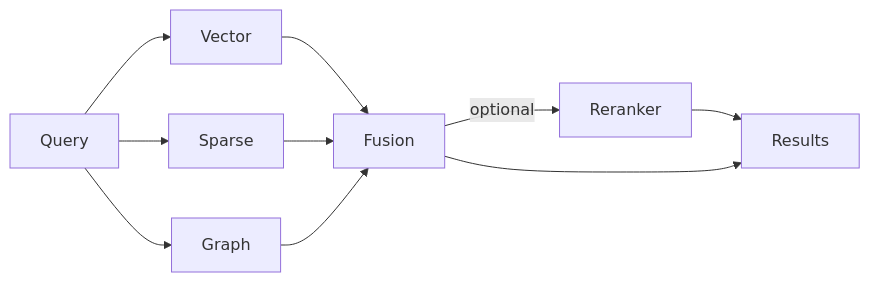
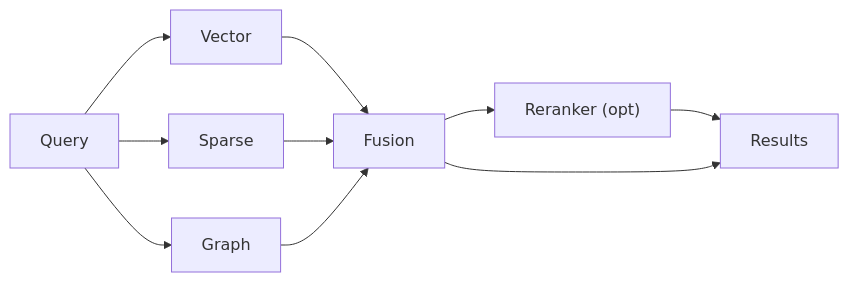
Before and after one commit to DMontgomery40/ragweld: the diagram in mkdocs/docs/retrieval/overview.md, drawn with Mermaid. The commit also changed other lines of this file and 110 other files, not shown here.

````diff
--- a/mkdocs/docs/retrieval/overview.md
+++ b/mkdocs/docs/retrieval/overview.md
@@ -60,14 +60,12 @@
 ```mermaid
 flowchart LR
-    Q[Query] --> V[Vector]
-    Q --> S[Sparse]
-    Q --> G[Graph]
-
-    V --> F[Fusion]
+    Q["Query"] --> V["Vector"]
+    Q --> S["Sparse"]
+    Q --> G["Graph"]
+    V --> F["Fusion"]
     S --> F
     G --> F
-
-    F -->|optional| R[Reranker]
-    R --> OUT[Results]
+    F --> R["Reranker (opt)"]
+    R --> OUT["Results"]
     F --> OUT
 ```
````
